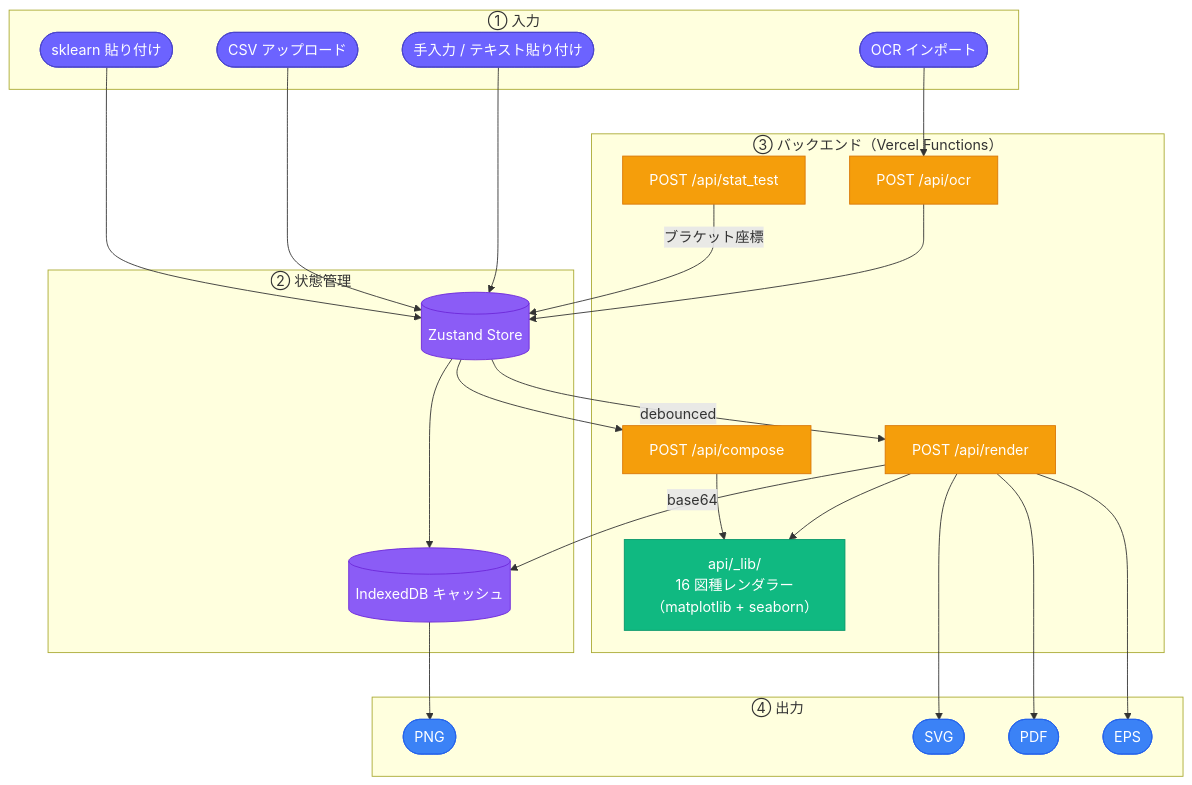
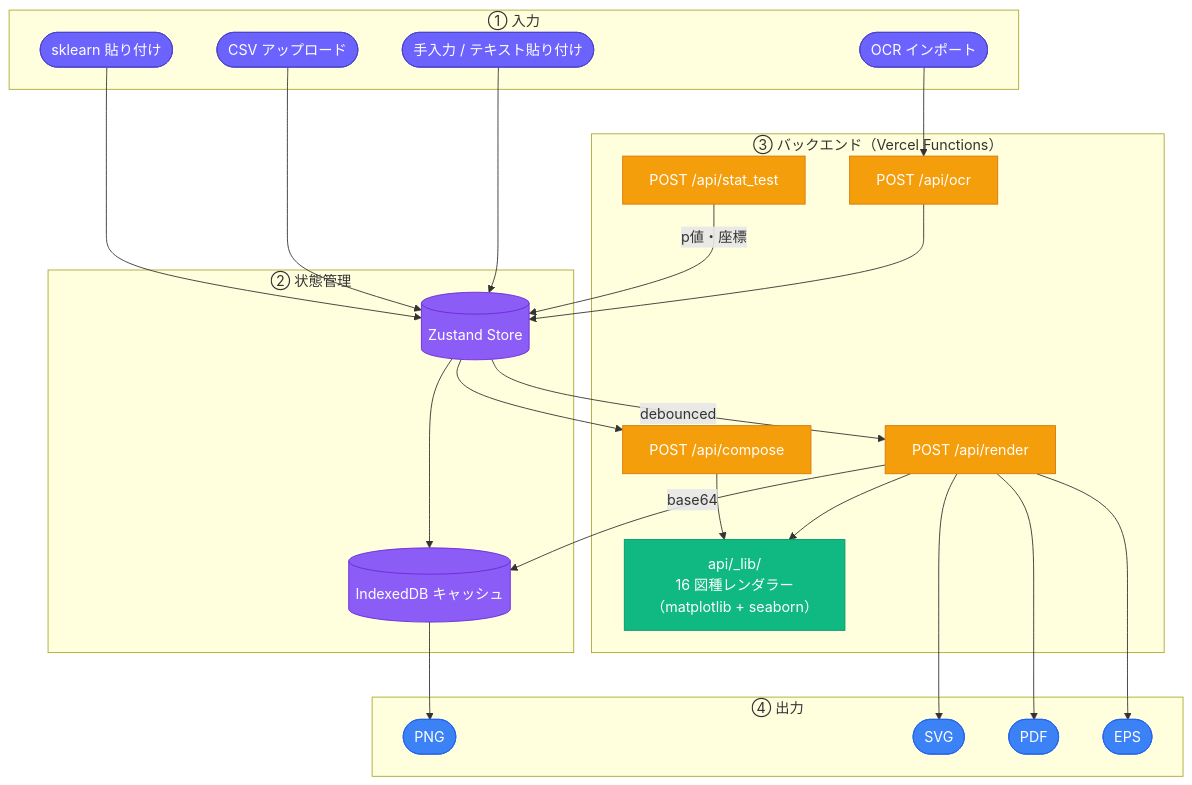
One commit to Axe0320/figure-modification changed the first of 3 diagrams in README.md. Above: the diagram before and after it, drawn with Mermaid. The commit also changed other lines of this file and 7 other files, not shown here.

````diff
--- a/README.md
+++ b/README.md
@@ -133,47 +134,47 @@
 ```mermaid
 flowchart TD
     classDef input  fill:#6C63FF,color:#fff,stroke:#4a44cc
     classDef api    fill:#F59E0B,color:#fff,stroke:#D97706
     classDef render fill:#10B981,color:#fff,stroke:#059669
     classDef out    fill:#3B82F6,color:#fff,stroke:#2563EB
     classDef store  fill:#8B5CF6,color:#fff,stroke:#6D28D9
 
     subgraph IN["① 入力"]
         M([手入力 / テキスト貼り付け]):::input
         C([CSV アップロード]):::input
         SK([sklearn 貼り付け]):::input
         OCR([OCR インポート]):::input
     end
 
     subgraph STORE["② 状態管理"]
         ZU[(Zustand Store)]:::store
         IDB[(IndexedDB キャッシュ)]:::store
     end
 
     subgraph BACKEND["③ バックエンド（Vercel Functions）"]
         RND["POST /api/render"]:::api
         CMP["POST /api/compose"]:::api
         OCR2["POST /api/ocr"]:::api
         STAT["POST /api/stat_test"]:::api
-        LIB["api/_lib/\n16 図種レンダラー\n（matplotlib + seaborn）"]:::render
+        LIB["api/_lib/<br/>16 図種レンダラー<br/>（matplotlib + seaborn）"]:::render
         RND --> LIB
         CMP --> LIB
     end
 
     subgraph OUT["④ 出力"]
         PNG([PNG]):::out
         SVG([SVG]):::out
         PDF([PDF]):::out
         EPS([EPS]):::out
     end
 
     M & C & SK --> ZU
     OCR --> OCR2 --> ZU
     ZU -->|debounced| RND
     ZU --> IDB
     RND -->|base64| IDB
     ZU --> CMP
-    STAT -->|ブラケット座標| ZU
+    STAT -->|p値・座標| ZU
     IDB --> PNG
     RND --> SVG & PDF & EPS
 ```
````
